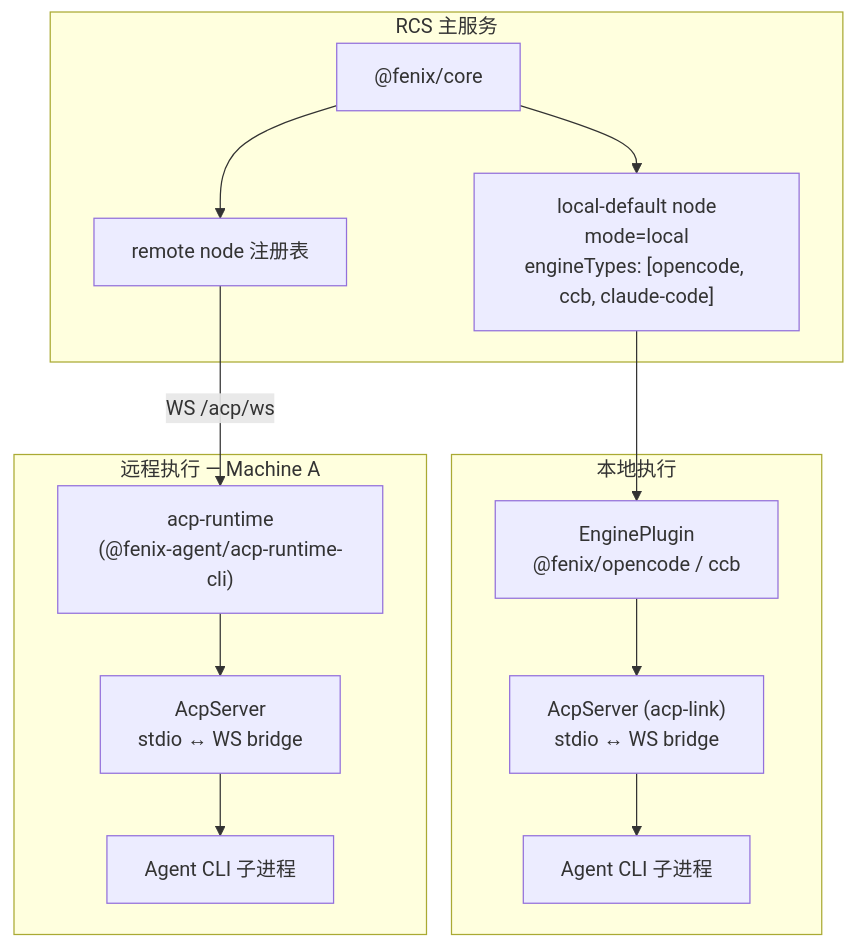
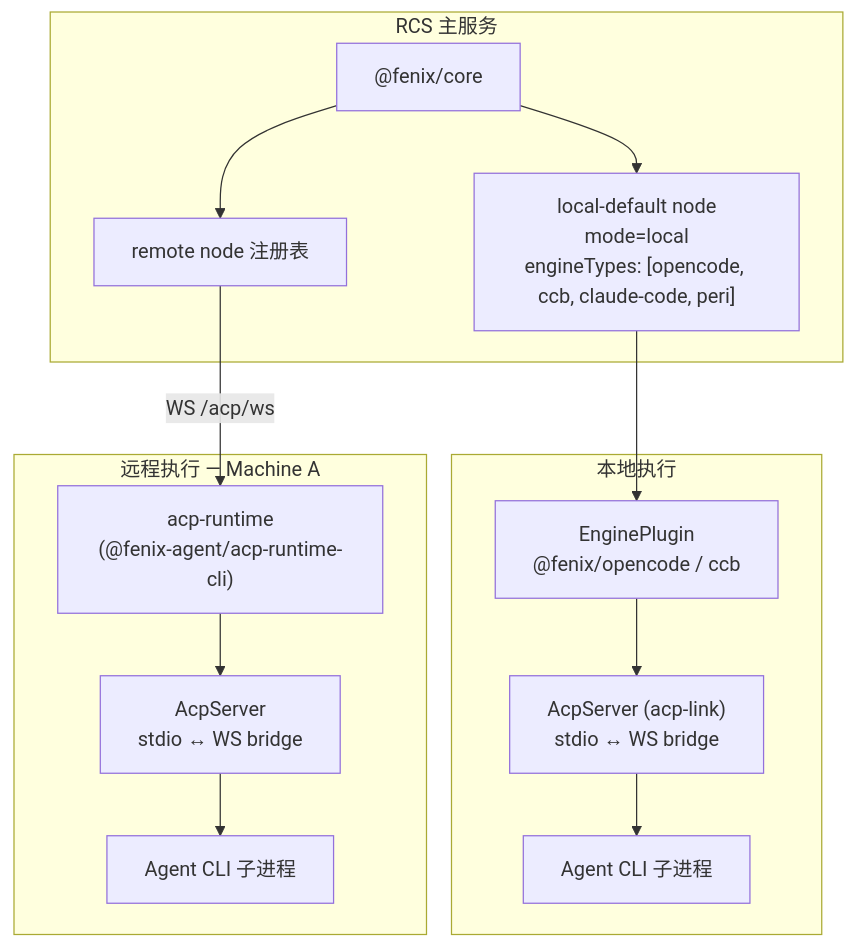
The eighth of 11 diagrams in docs/developer/arch/agent-engine-architecture.md (HuangPuStar/FenixAgent), drawn with Mermaid before and after one commit. The commit also changed other lines of this file and 33 other files, not shown here.

First line of the commit message:
feat(engine)!: peri 成为平台默认引擎

````diff
--- a/docs/developer/arch/agent-engine-architecture.md
+++ b/docs/developer/arch/agent-engine-architecture.md
@@ -486,25 +510,25 @@
 ```mermaid
 graph TB
     subgraph RCS["RCS 主服务"]
         CORE["@fenix/core"]
-        LOCAL["local-default node<br/>mode=local<br/>engineTypes: [opencode, ccb, claude-code]"]
+        LOCAL["local-default node<br/>mode=local<br/>engineTypes: [opencode, ccb, claude-code, peri]"]
         REMOTE_REG["remote node 注册表"]
     end
 
     subgraph LOCAL_EXEC["本地执行"]
         PLUGIN["EnginePlugin<br/>@fenix/opencode / ccb"]
         ACP_SRV["AcpServer (acp-link)<br/>stdio ↔ WS bridge"]
         LOCAL_AGENT["Agent CLI 子进程"]
     end
 
     subgraph REMOTE_EXEC["远程执行 — Machine A"]
         RUNTIME["acp-runtime<br/>(@fenix-agent/acp-runtime-cli)"]
         RACP["AcpServer<br/>stdio ↔ WS bridge"]
         RAGENT["Agent CLI 子进程"]
     end
 
     CORE --> LOCAL
     CORE --> REMOTE_REG
     LOCAL --> PLUGIN --> ACP_SRV --> LOCAL_AGENT
     REMOTE_REG -->|"WS /acp/ws"| RUNTIME --> RACP --> RAGENT
 ```
````
